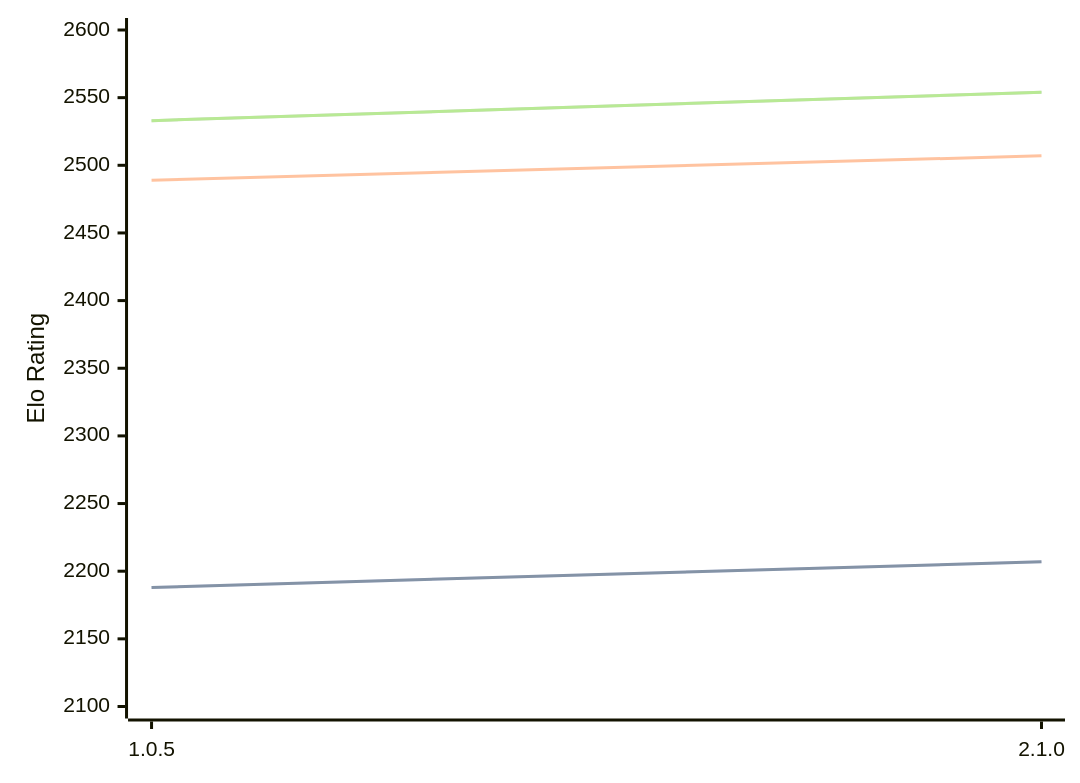
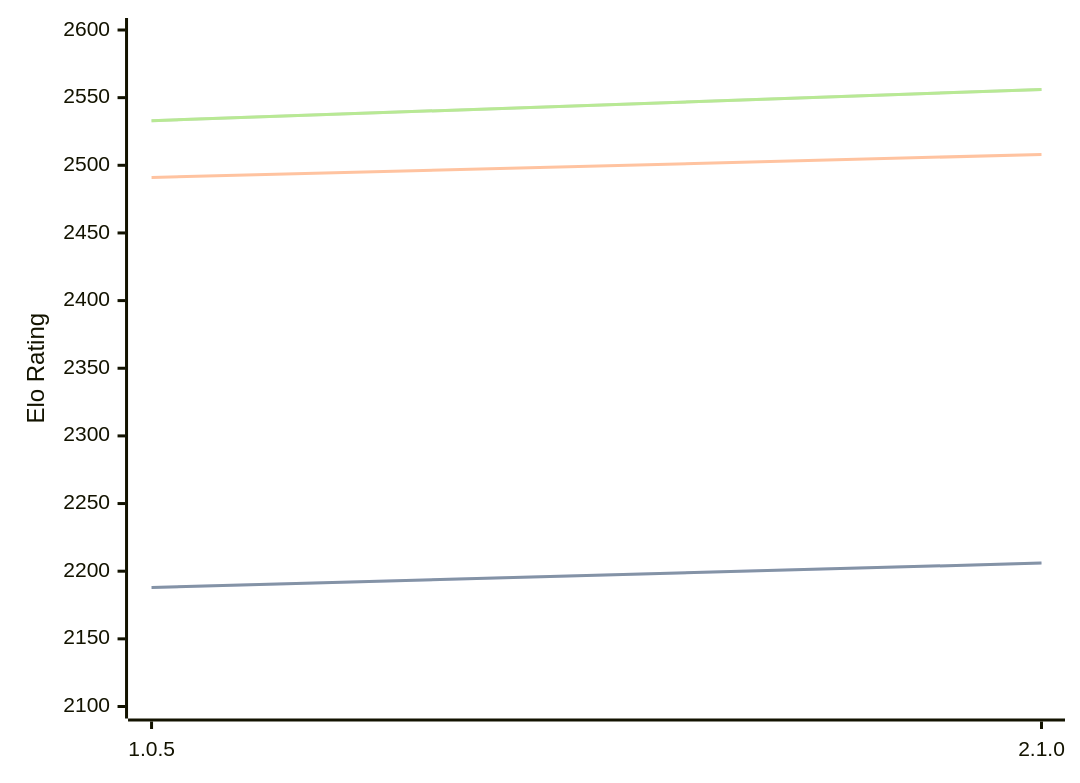
One commit to computer-chess-index/cci changed the diagram in engines/Ruffian.md. Above: the diagram before and after it, drawn with Mermaid. The commit also changed other lines of this file, not shown here.

Commit message:
Update CCI Ratings (ELO VLTC) - 2026-05-14

````diff
--- a/engines/Ruffian.md
+++ b/engines/Ruffian.md
@@ -32,11 +32,11 @@
 ```mermaid
 %%{init: {"theme":"base","themeVariables":{"seriesColors:['#a3a3a3','#222221','#faa371']}}}%%
 xychart-beta
   x-axis ["1.0.5", "2.1.0"]
   y-axis "Elo Rating" 2100 --> 2600
-  line "STC (8.0+0.08s)" [2188, 2207]
-  line "STC (8.0+0.08s)" [2188, 2207]
-  line "LTC (60.0+0.60s)" [2489, 2507]
-  line "VLTC (2m24s+1.12s)" [2533, 2554]
-  line "VLTC (2m24s+1.12s)" [2533, 2554]
+  line "STC (8.0+0.08s)" [2188, 2206]
+  line "STC (8.0+0.08s)" [2188, 2206]
+  line "LTC (60.0+0.60s)" [2491, 2508]
+  line "VLTC (2m24s+1.12s)" [2533, 2556]
+  line "VLTC (2m24s+1.12s)" [2533, 2556]
 ```
````
